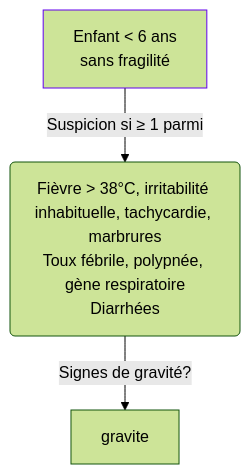
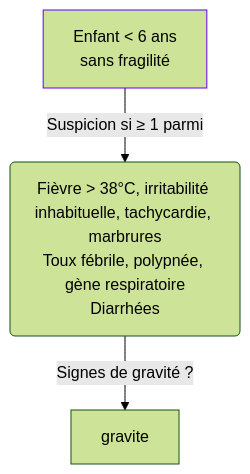
Before and after one commit to djibe/recommandations-medicales: the second of 2 diagrams in content/recommandations/covid-19.md, drawn with Mermaid (forest theme). The commit also changed 20 other files, not shown here.

```diff
--- a/content/recommandations/covid-19.md
+++ b/content/recommandations/covid-19.md
@@ -179,5 +179,5 @@
 {{< mermaid >}}
 graph TB
-  enfant[Enfant < 6 ans<br>sans fragilité] --"Suspicion si &ge; 1 parmi"--> symptomes("Fièvre > 38&deg;C, irritabilité inhabituelle, tachycardie, marbrures<br>Toux fébrile, polypnée, gène respiratoire<br>Diarrhées") --Signes de gravité? --> gravite
+  enfant["Enfant &lt; 6 ans<br>sans fragilité"] -- "Suspicion si &ge; 1 parmi" --> symptomes("Fièvre > 38&deg;C, irritabilité inhabituelle, tachycardie, marbrures<br>Toux fébrile, polypnée, gène respiratoire<br>Diarrhées") -- "Signes de gravité ?" --> gravite
   style enfant stroke:#6200ee, stroke-width:1px
 {{< /mermaid >}}
```
